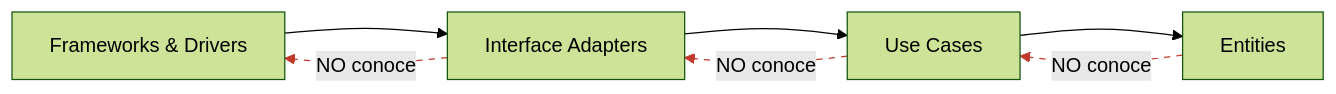
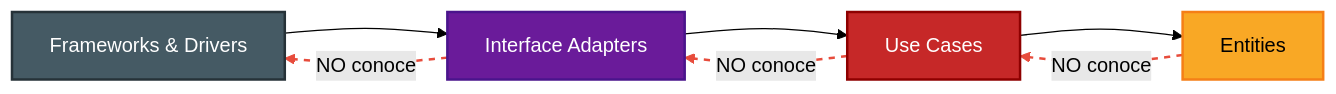
The second of 3 diagrams in 08-la-arquitectura-limpia/02-la-regla-de-dependencia.md (JavierMachucaA/clean-architecture-guia), drawn with Mermaid (forest theme) before and after one commit. The commit also changed other lines of this file and 6 other files, not shown here.

````diff
--- a/08-la-arquitectura-limpia/02-la-regla-de-dependencia.md
+++ b/08-la-arquitectura-limpia/02-la-regla-de-dependencia.md
@@ -21,12 +27,16 @@
 ```mermaid
 flowchart LR
     FD["Frameworks & Drivers"] --> IA["Interface Adapters"]
     IA --> UC["Use Cases"]
     UC --> EN["Entities"]
 
     EN -. NO conoce .-> UC
     UC -. NO conoce .-> IA
     IA -. NO conoce .-> FD
 
-    linkStyle 3,4,5 stroke:#c0392b,stroke-dasharray:5 5
+    style FD fill:#455a64,stroke:#263238,stroke-width:2px,color:#fff
+    style IA fill:#6a1b9a,stroke:#4a148c,stroke-width:2px,color:#fff
+    style UC fill:#c62828,stroke:#8e0000,stroke-width:2px,color:#fff
+    style EN fill:#f9a825,stroke:#f57f17,stroke-width:2px,color:#000
+    linkStyle 3,4,5 stroke:#e74c3c,stroke-width:2px,stroke-dasharray:5 5
 ```
````
